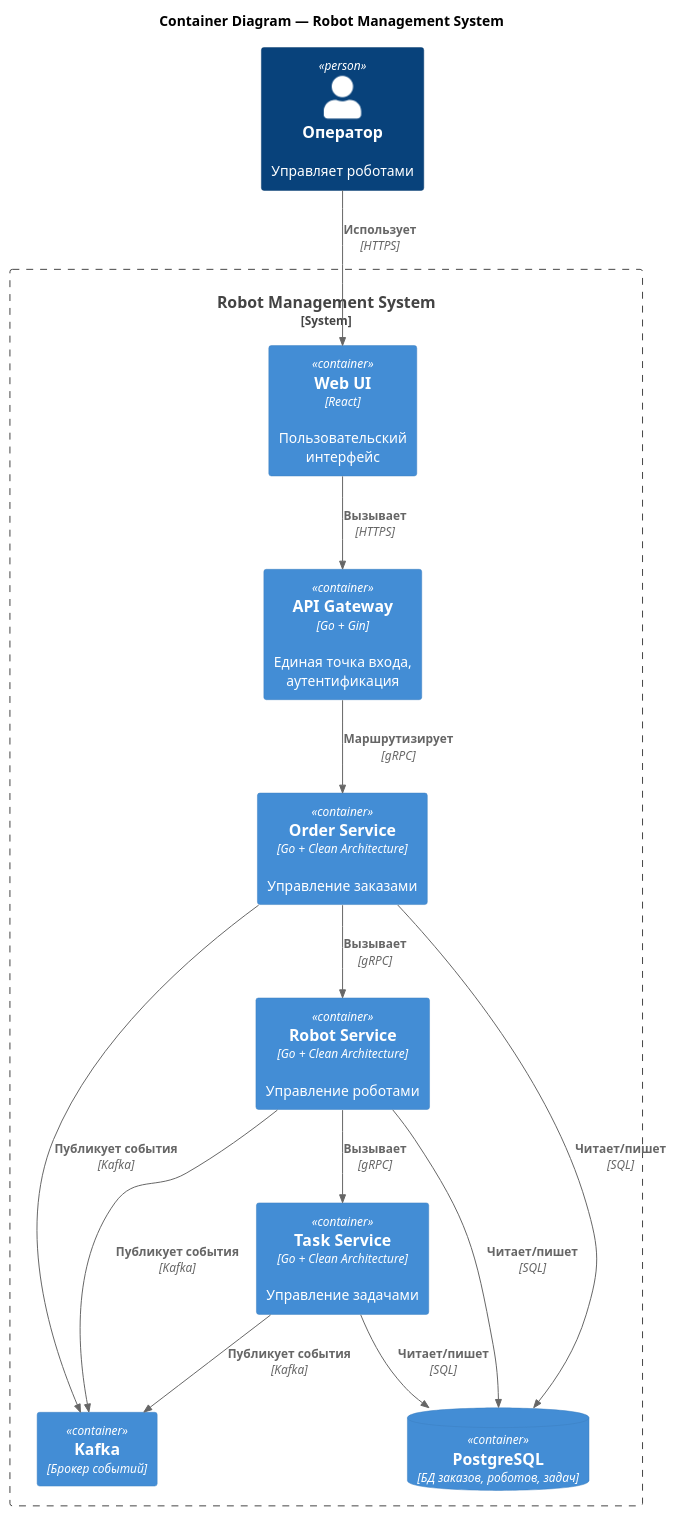
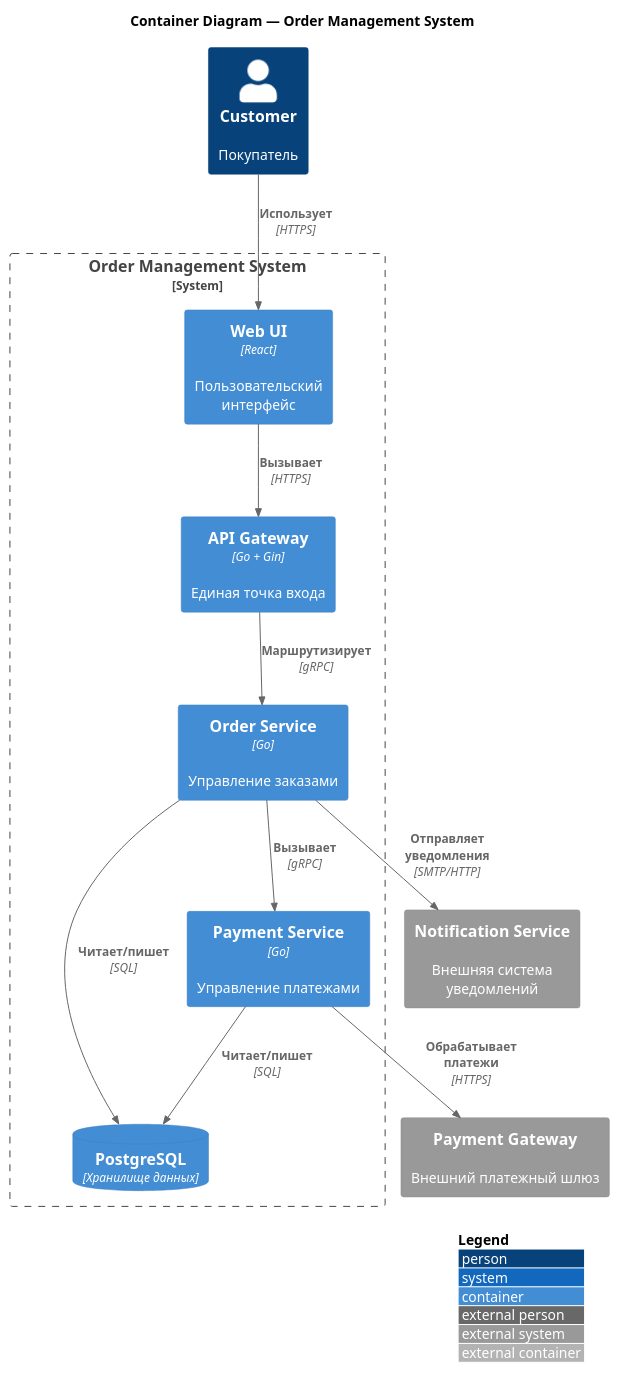
The diagram in docs/architecture/diagrams/c4/containers.puml (system-highload-architect/project-leadership), drawn with PlantUML before and after one commit. The commit also changed 25 other files, not shown here.

```diff
--- a/docs/architecture/diagrams/c4/containers.puml
+++ b/docs/architecture/diagrams/c4/containers.puml
@@ -1,30 +1,28 @@
 @startuml
 !include https://raw.githubusercontent.com/plantuml-stdlib/C4-PlantUML/master/C4_Container.puml
 
-title Container Diagram — Robot Management System
+LAYOUT_WITH_LEGEND()
+title Container Diagram — Order Management System
 
-Person(user, "Оператор", "Управляет роботами")
+Person(customer, "Customer", "Покупатель")
 
-System_Boundary(robot_system, "Robot Management System") {
+System_Boundary(oms, "Order Management System") {
     Container(web_ui, "Web UI", "React", "Пользовательский интерфейс")
-    Container(api_gateway, "API Gateway", "Go + Gin", "Единая точка входа, аутентификация")
-    Container(order_service, "Order Service", "Go + Clean Architecture", "Управление заказами")
-    Container(robot_service, "Robot Service", "Go + Clean Architecture", "Управление роботами")
-    Container(task_service, "Task Service", "Go + Clean Architecture", "Управление задачами")
-    ContainerDb(postgres, "PostgreSQL", "БД заказов, роботов, задач")
-    Container(kafka, "Kafka", "Брокер событий")
+    Container(api_gateway, "API Gateway", "Go + Gin", "Единая точка входа")
+    Container(order_service, "Order Service", "Go", "Управление заказами")
+    Container(payment_service, "Payment Service", "Go", "Управление платежами")
+    ContainerDb(postgres, "PostgreSQL", "Хранилище данных")
 }
 
-Rel(user, web_ui, "Использует", "HTTPS")
+System_Ext(payment_gateway, "Payment Gateway", "Внешний платежный шлюз")
+System_Ext(notification_service, "Notification Service", "Внешняя система уведомлений")
+
+Rel(customer, web_ui, "Использует", "HTTPS")
 Rel(web_ui, api_gateway, "Вызывает", "HTTPS")
 Rel(api_gateway, order_service, "Маршрутизирует", "gRPC")
-Rel(order_service, robot_service, "Вызывает", "gRPC")
-Rel(robot_service, task_service, "Вызывает", "gRPC")
+Rel(order_service, payment_service, "Вызывает", "gRPC")
 Rel(order_service, postgres, "Читает/пишет", "SQL")
-Rel(robot_service, postgres, "Читает/пишет", "SQL")
-Rel(task_service, postgres, "Читает/пишет", "SQL")
-Rel(order_service, kafka, "Публикует события", "Kafka")
-Rel(robot_service, kafka, "Публикует события", "Kafka")
-Rel(task_service, kafka, "Публикует события", "Kafka")
-
+Rel(payment_service, postgres, "Читает/пишет", "SQL")
+Rel(order_service, notification_service, "Отправляет уведомления", "SMTP/HTTP")
+Rel(payment_service, payment_gateway, "Обрабатывает платежи", "HTTPS")
 @enduml
```
